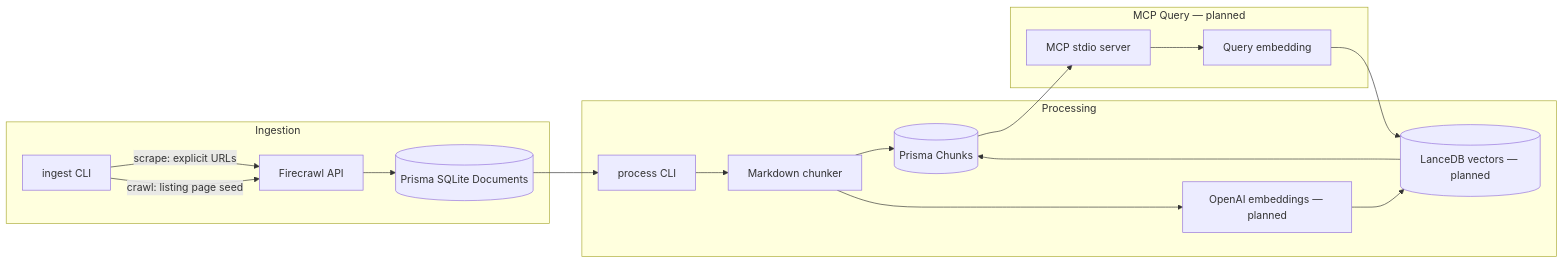
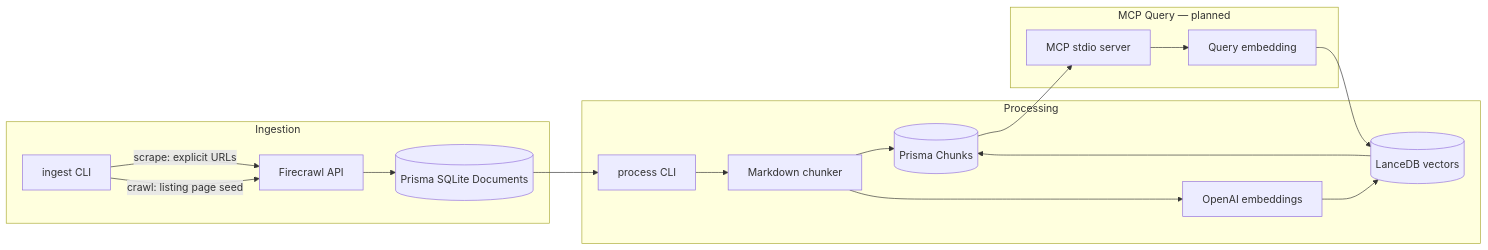
The diagram in README.md (AdityaGoyal1999/Agentic-Knowledge-Engine), drawn with Mermaid before and after one commit. The commit also changed other lines of this file and 5 other files, not shown here.

````diff
--- a/README.md
+++ b/README.md
@@ -71,29 +63,29 @@
 ```mermaid
 flowchart LR
   subgraph ingest [Ingestion]
     CLI[ingest CLI]
     FC[Firecrawl API]
     CLI -->|"scrape: explicit URLs"| FC
     CLI -->|"crawl: listing page seed"| FC
     FC --> DocTable[(Prisma SQLite Documents)]
   end
 
   subgraph process [Processing]
     ProcCLI[process CLI]
     Chunker[Markdown chunker]
-    Embed[OpenAI embeddings — planned]
+    Embed[OpenAI embeddings]
     ChunkTable[(Prisma Chunks)]
-    Vectors[(LanceDB vectors — planned)]
+    Vectors[(LanceDB vectors)]
     DocTable --> ProcCLI
     ProcCLI --> Chunker --> ChunkTable
     Chunker --> Embed --> Vectors
   end
 
   subgraph query [MCP Query — planned]
     MCP[MCP stdio server]
     QueryEmbed[Query embedding]
     MCP --> QueryEmbed --> Vectors
     Vectors --> ChunkTable
     ChunkTable --> MCP
   end
 ```
````
